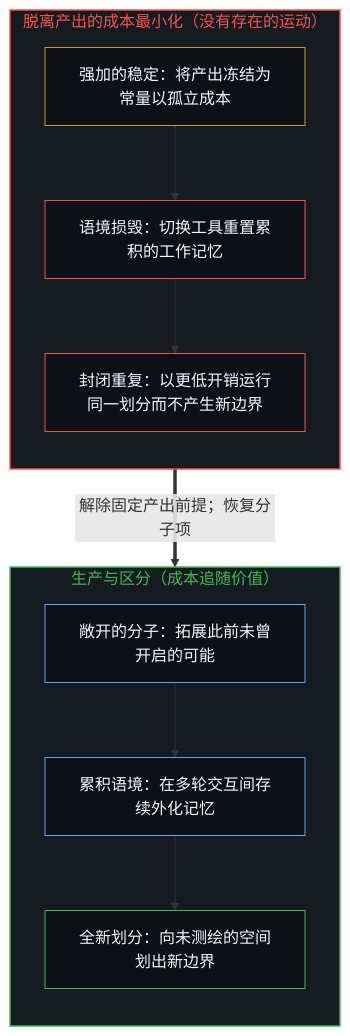
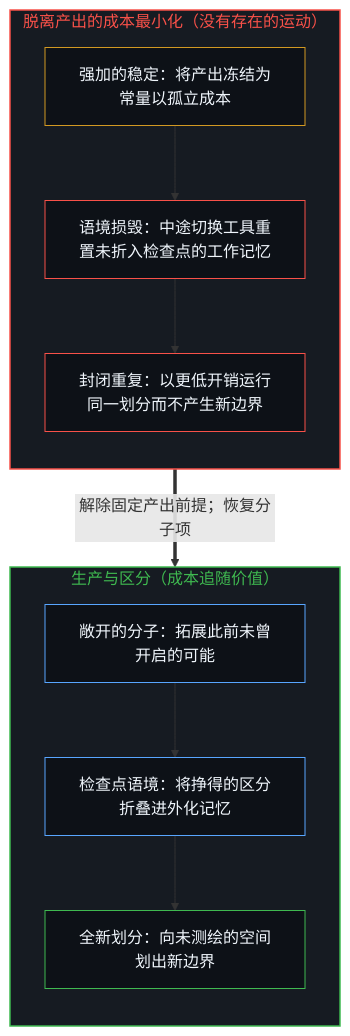
The first of 2 diagrams in content/posts/efficiency-without-differentiation.md (powerpig99/not-a-toe), drawn with Mermaid before and after one commit. The commit also changed other lines of this file and 2 other files, not shown here.

Commit message:
Consolidate Deep Sleep Batch 20: refine the-delegation-of-the-task-and-the-inalienability-of-consequences and efficiency-without-differentiation

````diff
--- a/content/posts/efficiency-without-differentiation.md
+++ b/content/posts/efficiency-without-differentiation.md
@@ -39,26 +39,26 @@
 ```mermaid
 flowchart TD
     subgraph S_Min["脱离产出的成本最小化（没有存在的运动）"]
         direction TB
         M_Fix["强加的稳定：将产出冻结为常量以孤立成本"]
-        M_Switch["语境损毁：切换工具重置累积的工作记忆"]
+        M_Switch["语境损毁：中途切换工具重置未折入检查点的工作记忆"]
         M_Loop["封闭重复：以更低开销运行同一划分而不产生新边界"]
         M_Fix --> M_Switch --> M_Loop
     end
     subgraph S_Diff["生产与区分（成本追随价值）"]
         direction TB
         D_Open["敞开的分子：拓展此前未曾开启的可能"]
-        D_Context["累积语境：在多轮交互间存续外化记忆"]
+        D_Context["检查点语境：将挣得的区分折叠进外化记忆"]
         D_Cut["全新划分：向未测绘的空间划出新边界"]
         D_Open --> D_Context --> D_Cut
     end
     M_Loop ==>|"解除固定产出前提；恢复分子项"| D_Open
     style S_Min fill:#161b22,stroke:#f85149,stroke-width:1.5px,color:#f85149
     style S_Diff fill:#161b22,stroke:#3fb950,stroke-width:1.5px,color:#3fb950
     style M_Fix fill:#0d1117,stroke:#d29922,stroke-width:1px,color:#f0f6fc
     style M_Switch fill:#0d1117,stroke:#f85149,stroke-width:1px,color:#f0f6fc
     style M_Loop fill:#0d1117,stroke:#f85149,stroke-width:1px,color:#f0f6fc
     style D_Open fill:#0d1117,stroke:#58a6ff,stroke-width:1px,color:#f0f6fc
     style D_Context fill:#0d1117,stroke:#58a6ff,stroke-width:1px,color:#f0f6fc
     style D_Cut fill:#0d1117,stroke:#3fb950,stroke-width:1px,color:#f0f6fc
 ```
````
